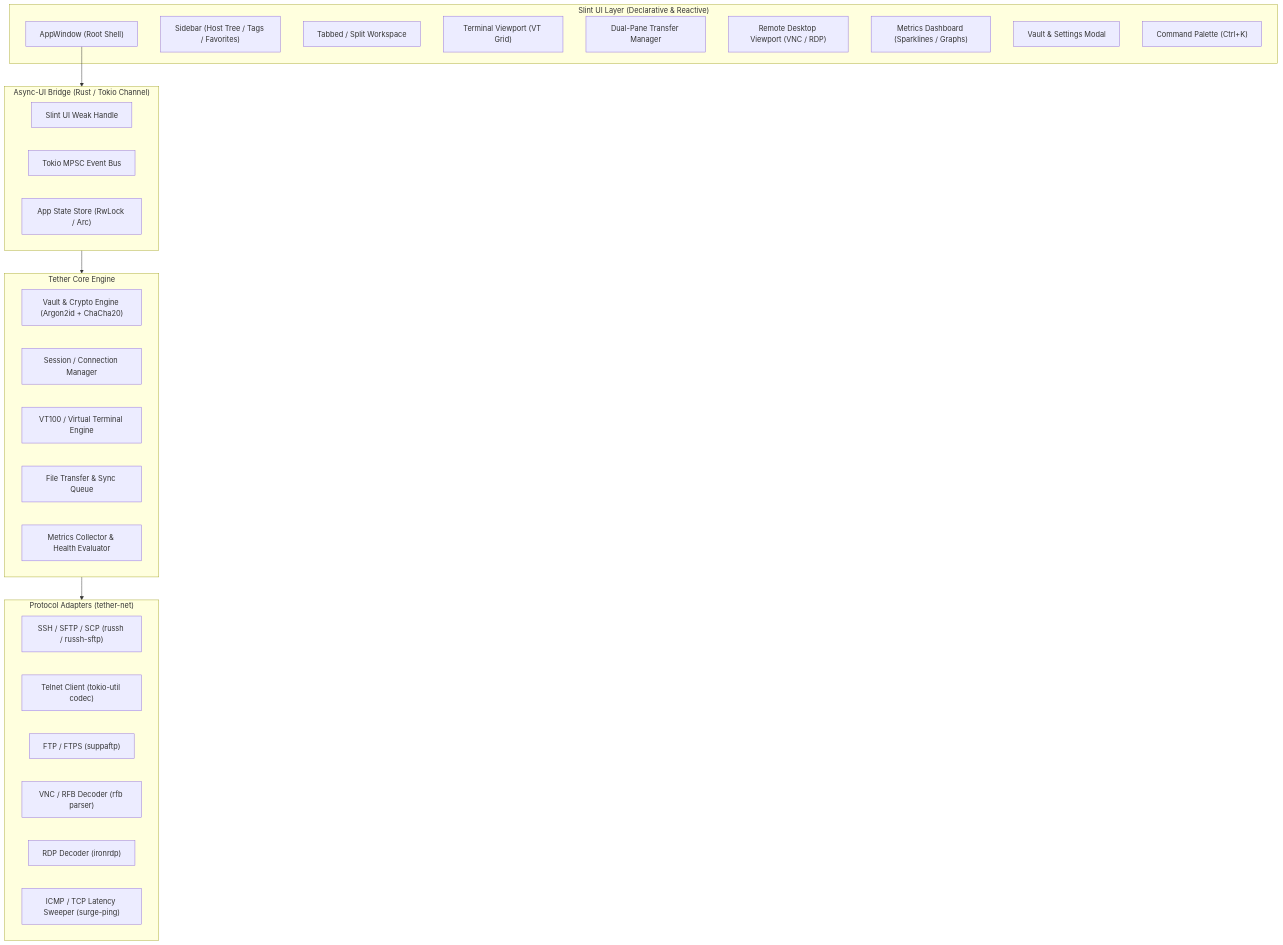
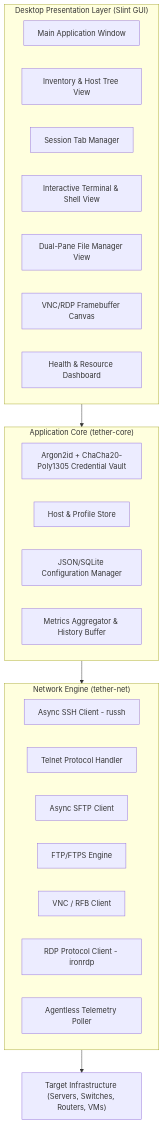
The first of 2 diagrams in docs/PROJECT_PLAN.md (gordug/project-tether), drawn with Mermaid before and after one commit. The commit also changed other lines of this file and 31 other files, not shown here.

````diff
--- a/docs/PROJECT_PLAN.md
+++ b/docs/PROJECT_PLAN.md
@@ -25,41 +13,33 @@
 ```mermaid
-flowchart TB
-    subgraph UI_Layer ["Slint UI Layer (Declarative & Reactive)"]
-        MainWindow["AppWindow (Root Shell)"]
-        Sidebar["Sidebar (Host Tree / Tags / Favorites)"]
-        Workspace["Tabbed / Split Workspace"]
-        TermComponent["Terminal Viewport (VT Grid)"]
-        FileComponent["Dual-Pane Transfer Manager"]
-        DisplayComponent["Remote Desktop Viewport (VNC / RDP)"]
-        MonitorComponent["Metrics Dashboard (Sparklines / Graphs)"]
-        VaultComponent["Vault & Settings Modal"]
-        Palette["Command Palette (Ctrl+K)"]
+graph TB
+    subgraph UI ["Desktop Presentation Layer (Slint GUI)"]
+        MainWindow[Main Application Window]
+        HostTree[Inventory & Host Tree View]
+        TabManager[Session Tab Manager]
+        TerminalView[Interactive Terminal & Shell View]
+        FileManagerView[Dual-Pane File Manager View]
+        DesktopView[VNC/RDP Framebuffer Canvas]
+        MonitorDashboard[Health & Resource Dashboard]
     end
 
-    subgraph Bridge_Layer ["Async-UI Bridge (Rust / Tokio Channel)"]
-        UIHandle["Slint UI Weak Handle"]
-        EventBus["Tokio MPSC Event Bus"]
-        StateStore["App State Store (RwLock / Arc)"]
+    subgraph Core ["Application Core (tether-core)"]
+        Vault[Argon2id + ChaCha20-Poly1305 Credential Vault]
+        HostStore[Host & Profile Store]
+        ConfigEngine[JSON/SQLite Configuration Manager]
+        MetricsAggregator[Metrics Aggregator & History Buffer]
     end
 
-    subgraph Core_Engine ["Tether Core Engine"]
-        Vault["Vault & Crypto Engine (Argon2id + ChaCha20)"]
-        SessionMgr["Session / Connection Manager"]
-        TerminalEngine["VT100 / Virtual Terminal Engine"]
-        TransferQueue["File Transfer & Sync Queue"]
-        MetricAggregator["Metrics Collector & Health Evaluator"]
+    subgraph Net ["Network Engine (tether-net)"]
+        SSHClient[Async SSH Client - russh]
+        TelnetClient[Telnet Protocol Handler]
+        SFTPClient[Async SFTP Client]
+        FTPClient[FTP/FTPS Engine]
+        VNCClient[VNC / RFB Client]
+        RDPClient[RDP Protocol Client - ironrdp]
+        HealthPoller[Agentless Telemetry Poller]
     end
 
-    subgraph Protocol_Layer ["Protocol Adapters (tether-net)"]
-        SSHAdapter["SSH / SFTP / SCP (russh / russh-sftp)"]
-        TelnetAdapter["Telnet Client (tokio-util codec)"]
-        FTPAdapter["FTP / FTPS (suppaftp)"]
-        VNCAdapter["VNC / RFB Decoder (rfb parser)"]
-        RDPAdapter["RDP Decoder (ironrdp)"]
-        PingAdapter["ICMP / TCP Latency Sweeper (surge-ping)"]
-    end
-
-    MainWindow --> Bridge_Layer
-    Bridge_Layer --> Core_Engine
-    Core_Engine --> Protocol_Layer
+    UI --> Core
+    Core --> Net
+    Net --> TargetHosts["Target Infrastructure (Servers, Switches, Routers, VMs)"]
 ```
````
